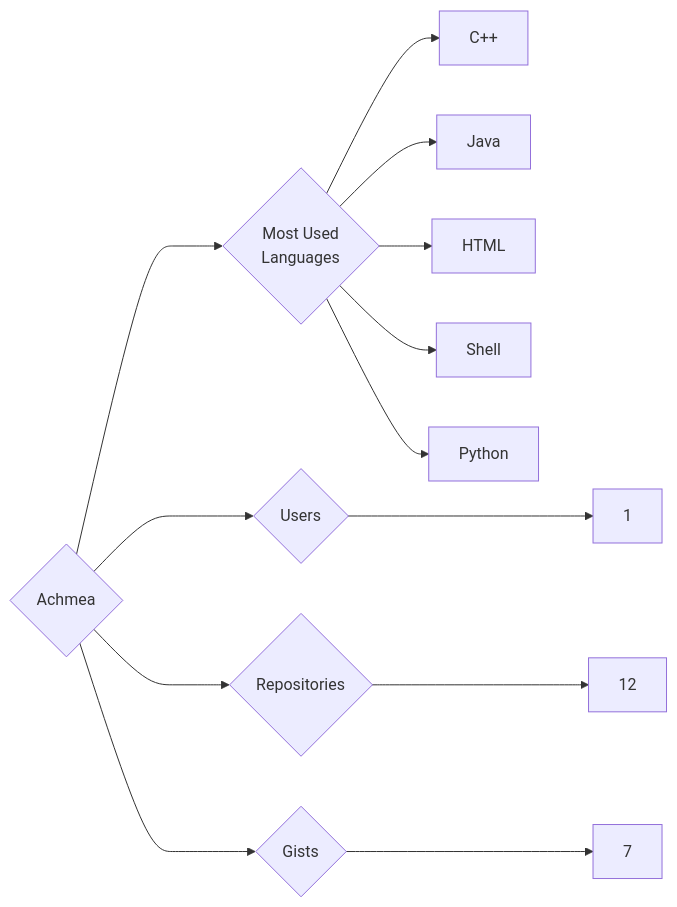
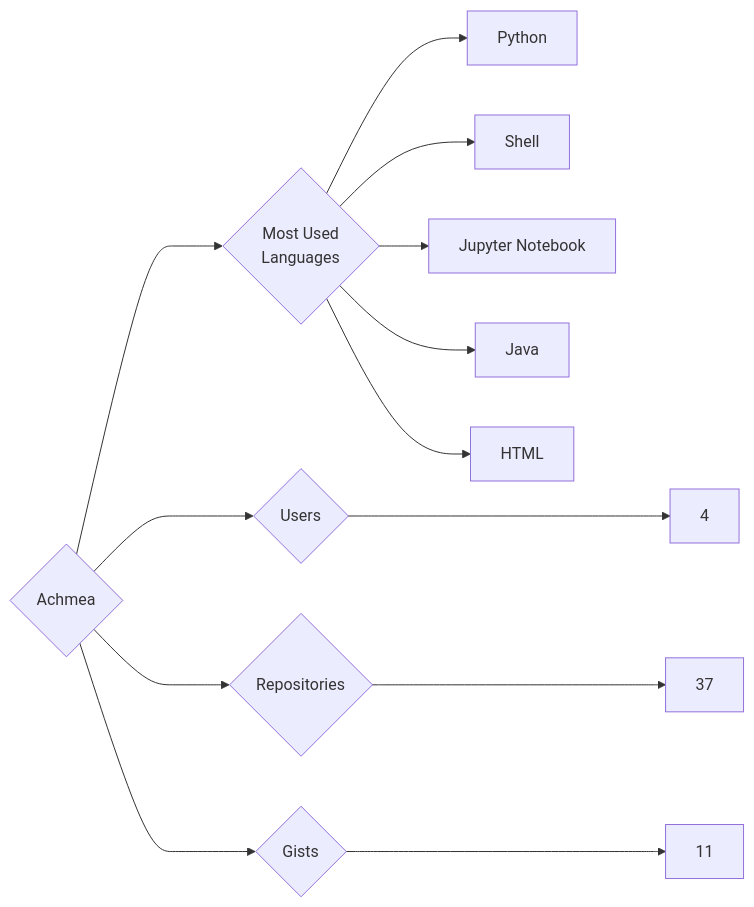
The diagram in targets/Achmea/README.md (trickest/insiders), drawn with Mermaid before and after one commit. The commit also changed 865 other files, not shown here.

````diff
--- a/targets/Achmea/README.md
+++ b/targets/Achmea/README.md
@@ -3,13 +3,13 @@
 ```mermaid
 graph LR
 COMPANY_NAME{Achmea}
-COMPANY_NAME ---> U{Users} ---> UN[1]
-COMPANY_NAME ---> R{Repositories} ---> RN[12]
-COMPANY_NAME ---> G{Gists} ---> GN[7]
+COMPANY_NAME ---> U{Users} ---> UN[4]
+COMPANY_NAME ---> R{Repositories} ---> RN[37]
+COMPANY_NAME ---> G{Gists} ---> GN[11]
 COMPANY_NAME ---> ML{Most Used<br>Languages}
-ML --> C++[C++]
+ML --> Python[Python]
+ML --> Shell[Shell]
+ML --> Jupyter_Notebook[Jupyter Notebook]
 ML --> Java[Java]
 ML --> HTML[HTML]
-ML --> Shell[Shell]
-ML --> Python[Python]
 ```
````
